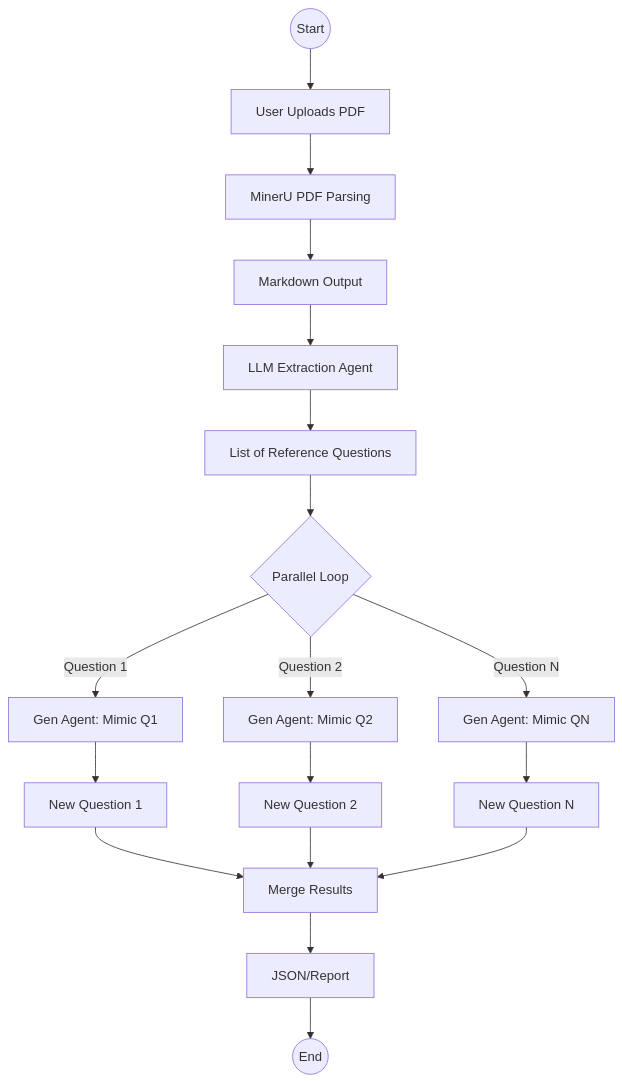
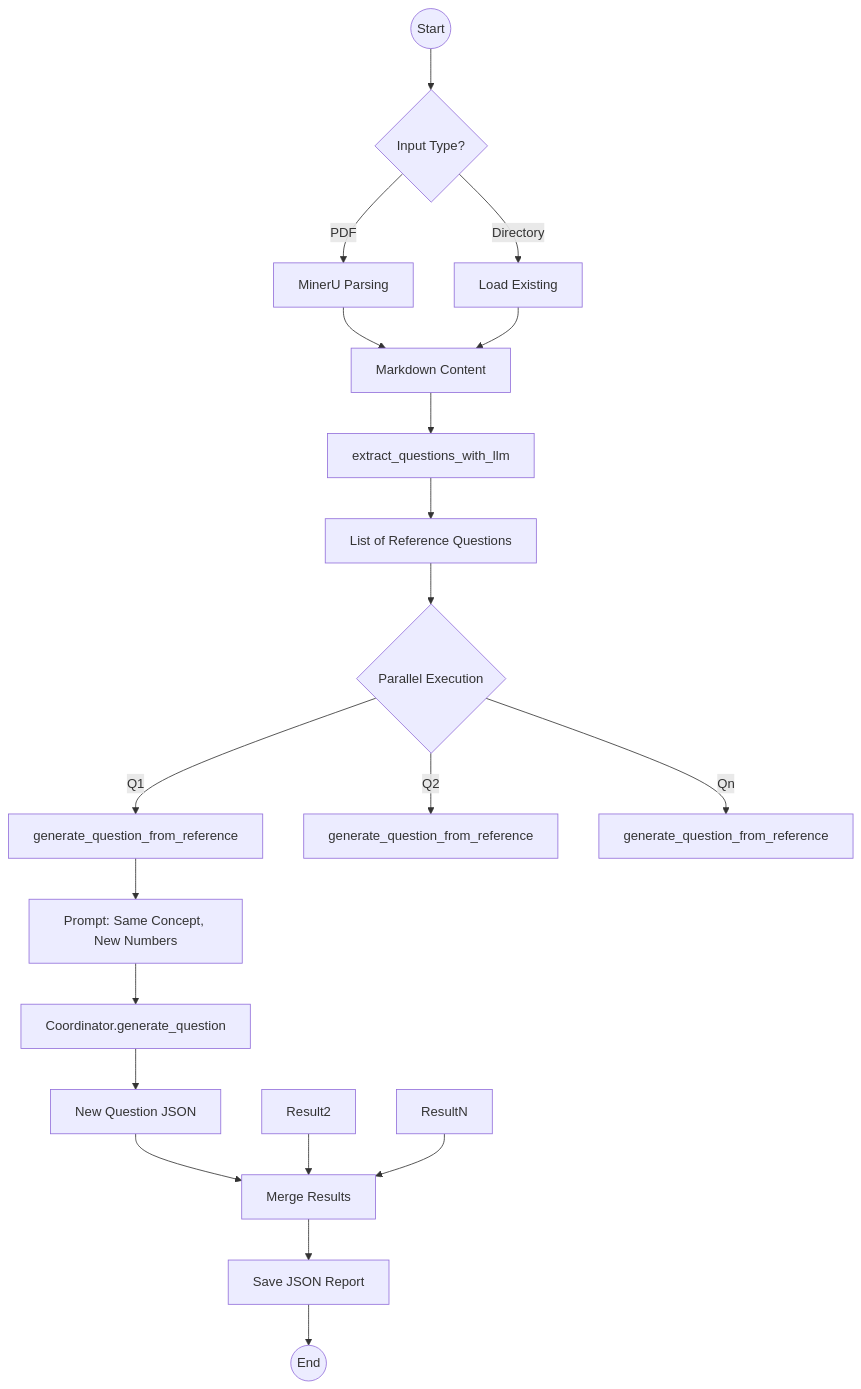
One commit to RadteamBaoDA/DeepTutor changed the diagram in docs/feature_analysis/req_exam_mimic.md. Above: the diagram before and after it, drawn with Mermaid. The commit also changed other lines of this file and 1 other file, not shown here.

Commit message:
Finalize detailed Question Generator documentation

````diff
--- a/docs/feature_analysis/req_exam_mimic.md
+++ b/docs/feature_analysis/req_exam_mimic.md
@@ -25,23 +43,26 @@
 ```mermaid
 flowchart TD
-    Start((Start)) --> Upload[User Uploads PDF]
-    Upload --> Parse[MinerU PDF Parsing]
-    Parse --> Markdown[Markdown Output]
+    Start((Start)) --> InputCheck{Input Type?}
+    InputCheck -->|PDF| Parse[MinerU Parsing]
+    InputCheck -->|Directory| Load[Load Existing]
 
-    Markdown --> Extract[LLM Extraction Agent]
+    Parse --> Markdown[Markdown Content]
+    Load --> Markdown
+
+    Markdown --> Extract[extract_questions_with_llm]
     Extract --> RefList[List of Reference Questions]
 
-    RefList --> Split{Parallel Loop}
+    RefList --> ParallelLoop{Parallel Execution}
 
-    Split -->|Question 1| Gen1[Gen Agent: Mimic Q1]
-    Split -->|Question 2| Gen2[Gen Agent: Mimic Q2]
-    Split -->|Question N| GenN[Gen Agent: Mimic QN]
+    ParallelLoop -->|Q1| Agent1[generate_question_from_reference]
+    ParallelLoop -->|Q2| Agent2[generate_question_from_reference]
+    ParallelLoop -->|Qn| AgentN[generate_question_from_reference]
 
-    Gen1 --> Result1[New Question 1]
-    Gen2 --> Result2[New Question 2]
-    GenN --> ResultN[New Question N]
+    Agent1 --> Prompt[Prompt: Same Concept, New Numbers]
+    Prompt --> Coordinator[Coordinator.generate_question]
+    Coordinator --> Result1[New Question JSON]
 
-    Result1 & Result2 & ResultN --> Merge[Merge Results]
-    Merge --> Output[JSON/Report]
-    Output --> End((End))
+    Result1 & Result2 & ResultN --> Aggregator[Merge Results]
+    Aggregator --> OutputFile[Save JSON Report]
+    OutputFile --> End((End))
 ```
````
